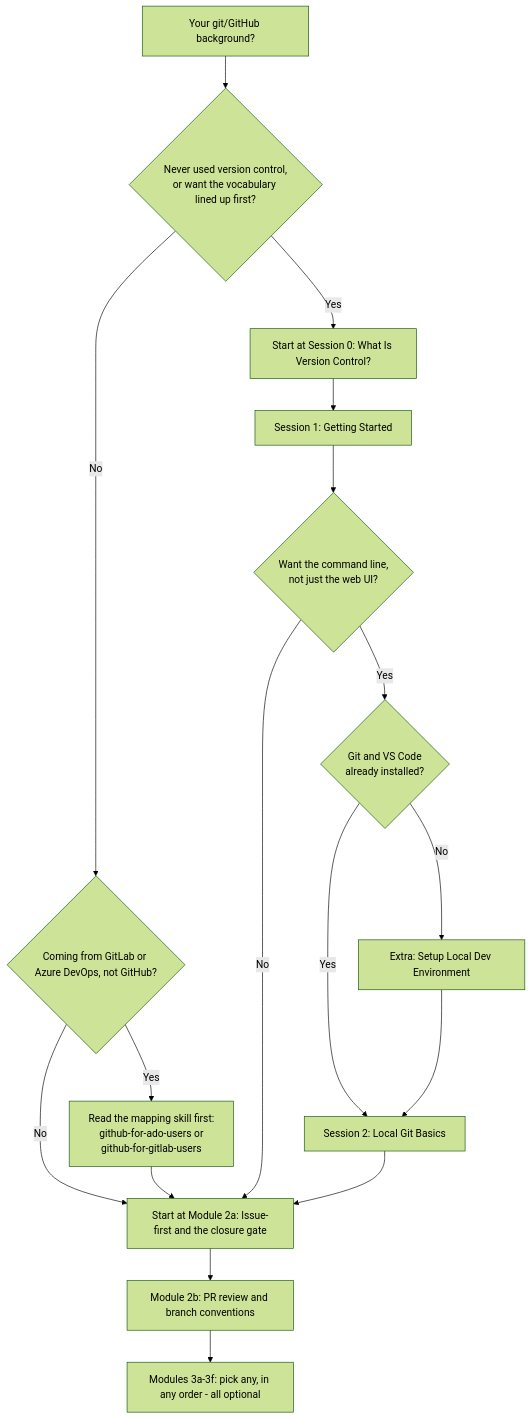
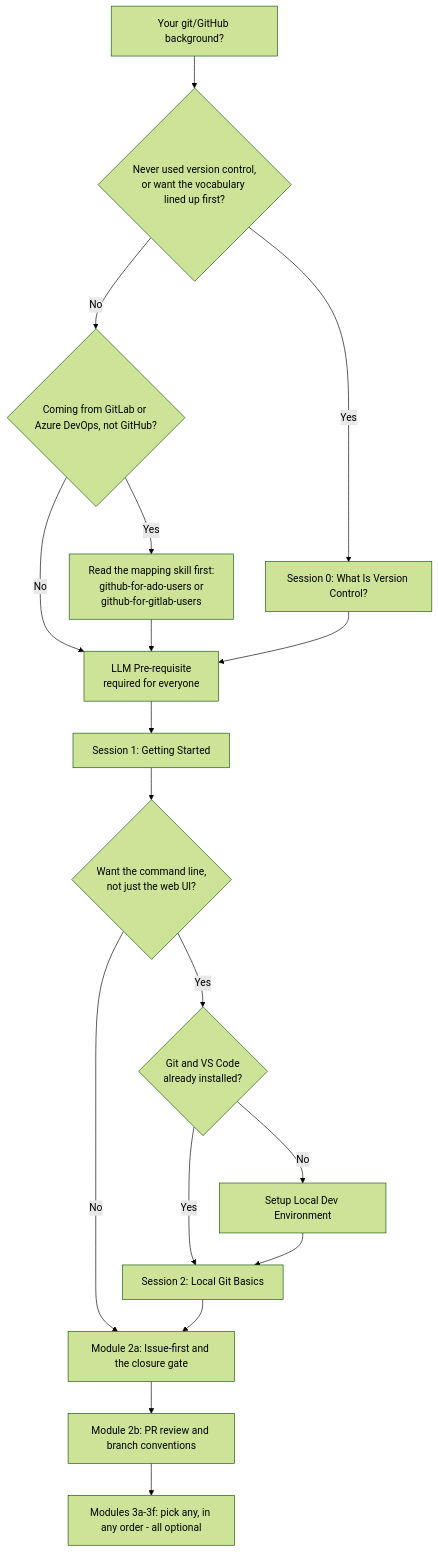
One commit to JeanKadang/DOC-GitHub-Practice-Skills changed the first of 2 diagrams in education/README.md. Above: the diagram before and after it, drawn with Mermaid (forest theme). The commit also changed other lines of this file and 19 other files, not shown here.

````diff
--- a/education/README.md
+++ b/education/README.md
@@ -29,19 +34,20 @@
 ```mermaid
 flowchart TD
     Start[Your git/GitHub background?] --> Q1{Never used version control,<br/>or want the vocabulary lined up first?}
-    Q1 -- Yes --> S0[Start at Session 0: What Is Version Control?]
+    Q1 -- Yes --> S0[Session 0: What Is Version Control?]
     Q1 -- No --> Q2{Coming from GitLab or Azure DevOps, not GitHub?}
     Q2 -- Yes --> Pre[Read the mapping skill first:<br/>github-for-ado-users or<br/>github-for-gitlab-users]
-    Q2 -- No --> M2a[Start at Module 2a: Issue-first and the closure gate]
-    Pre --> M2a
-    S0 --> S1[Session 1: Getting Started]
+    Q2 -- No --> LLM0[LLM Pre-requisite<br/>required for everyone]
+    Pre --> LLM0
+    S0 --> LLM0
+    LLM0 --> S1[Session 1: Getting Started]
     S1 --> Q3{Want the command line,<br/>not just the web UI?}
     Q3 -- Yes --> Q4{Git and VS Code<br/>already installed?}
-    Q3 -- No --> M2a
-    Q4 -- No --> Extra[Extra: Setup Local Dev Environment]
+    Q3 -- No --> M2a[Module 2a: Issue-first and the closure gate]
+    Q4 -- No --> Extra[Setup Local Dev Environment]
     Q4 -- Yes --> S2[Session 2: Local Git Basics]
     Extra --> S2
     S2 --> M2a
     M2a --> M2b[Module 2b: PR review and branch conventions]
     M2b --> M3[Modules 3a-3f: pick any, in any order - all optional]
 ```
````
